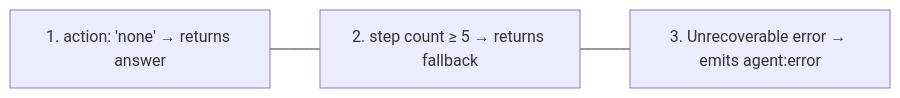
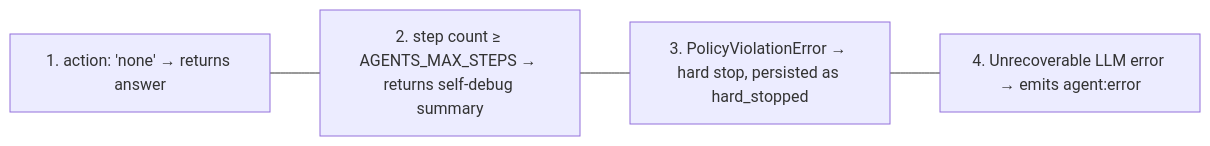
The second of 2 diagrams in docs/theory/agent-loop.md (Guebbit/manna), drawn with Mermaid before and after one commit. The commit also changed other lines of this file and 18 other files, not shown here.

Commit message:
feat: agent harness overhaul – phases 0-6 (error taxonomy, consecutive-error budget, operating modes, PolicyProcessor)

````diff
--- a/docs/theory/agent-loop.md
+++ b/docs/theory/agent-loop.md
@@ -82,5 +82,8 @@
 ```mermaid
 flowchart LR
-    A["1. action: 'none' → returns answer"] --- B["2. step count ≥ 5 → returns fallback"]
-    B --- C["3. Unrecoverable error → emits agent:error"]
+    A["1. action: 'none' → returns answer"]
+    B["2. step count ≥ AGENTS_MAX_STEPS → returns self-debug summary"]
+    C["3. PolicyViolationError → hard stop, persisted as hard_stopped"]
+    D["4. Unrecoverable LLM error → emits agent:error"]
+    A --- B --- C --- D
 ```
````
